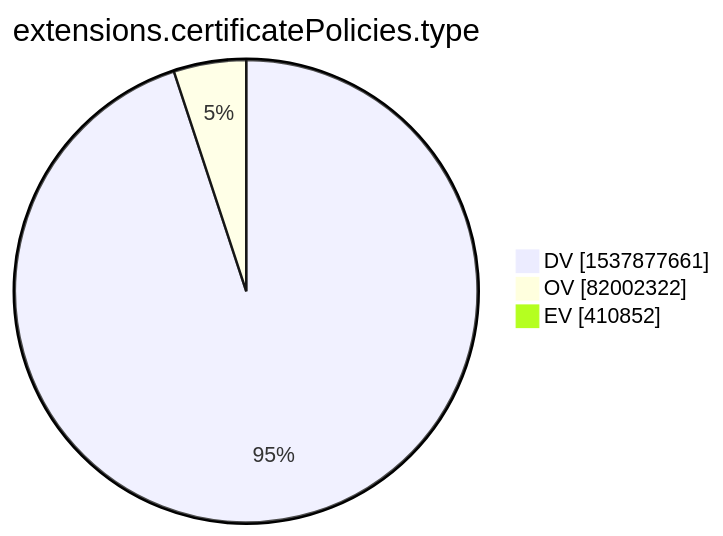
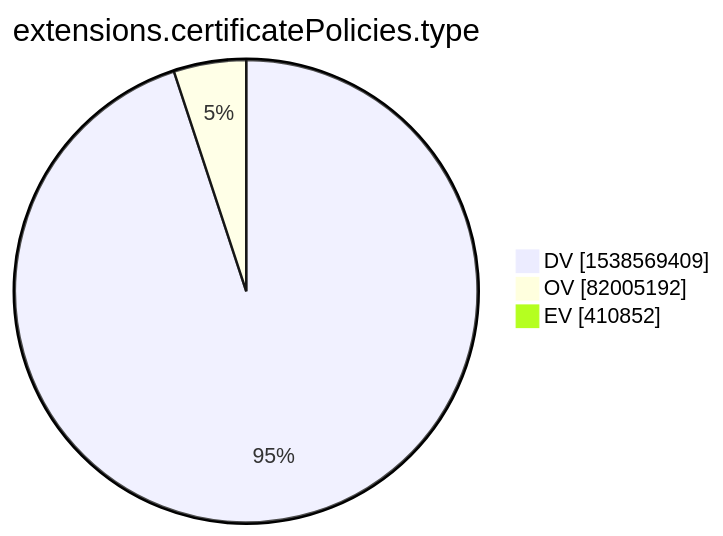
The tenth of 15 diagrams in xenon2022/README.md (christiankrug/ctmonitor_visualization), drawn with Mermaid before and after one commit. The commit also changed other lines of this file, not shown here.

````diff
--- a/xenon2022/README.md
+++ b/xenon2022/README.md
@@ -2876,7 +2876,7 @@
 ```mermaid
 pie showData
 title extensions.certificatePolicies.type
-"DV" :1537877661
-"OV" :82002322
+"DV" :1538569409
+"OV" :82005192
 "EV" :410852
 ```
````
